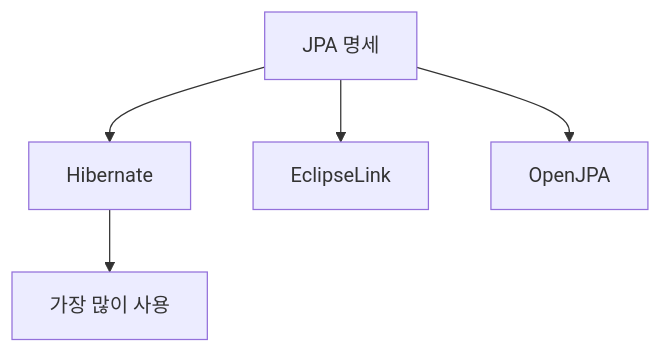
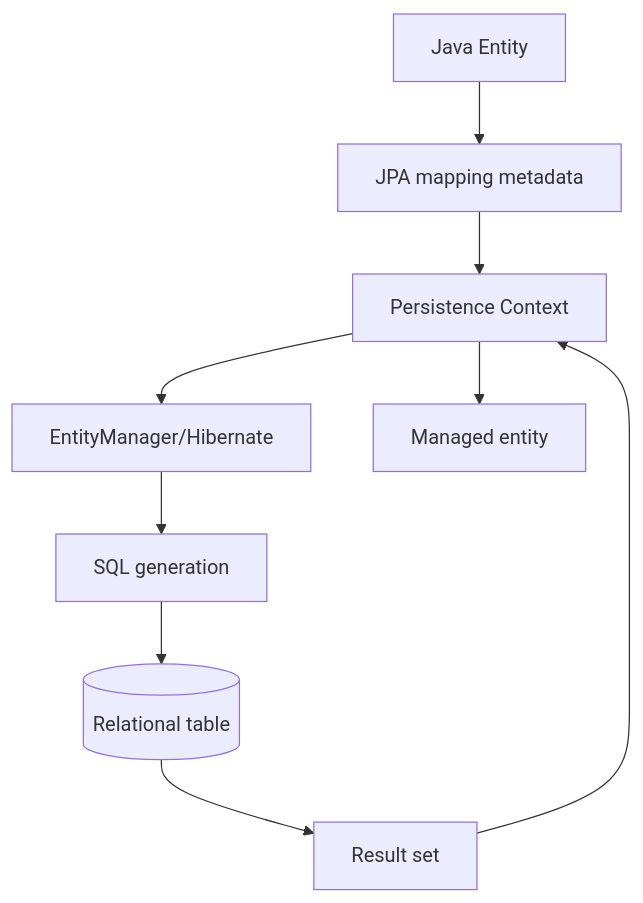
Before and after one commit to choisimo/document: the first of 2 diagrams in content/docs/databases/jpa/overview.md, drawn with Mermaid. The commit also changed other lines of this file and 432 other files, not shown here.

````diff
--- a/content/docs/databases/jpa/overview.md
+++ b/content/docs/databases/jpa/overview.md
@@ -42,8 +34,11 @@
 ```mermaid
-graph TD
-    A[JPA 명세] --> B[Hibernate]
-    A --> C[EclipseLink]
-    A --> D[OpenJPA]
-    
-    B --> E[가장 많이 사용]
+flowchart TD
+    A[Java Entity] --> B[JPA mapping metadata]
+    B --> C[Persistence Context]
+    C --> D[EntityManager/Hibernate]
+    D --> E[SQL generation]
+    E --> F[(Relational table)]
+    F --> G[Result set]
+    G --> C
+    C --> H[Managed entity]
 ```
````
